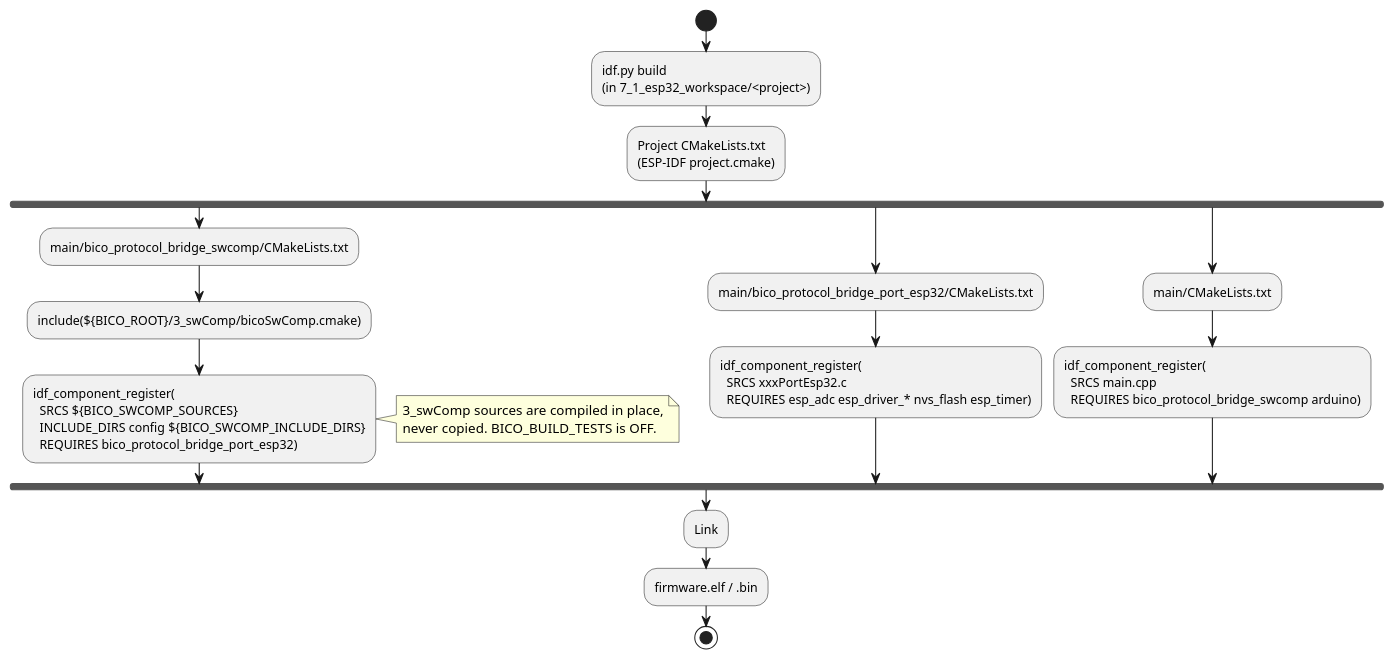
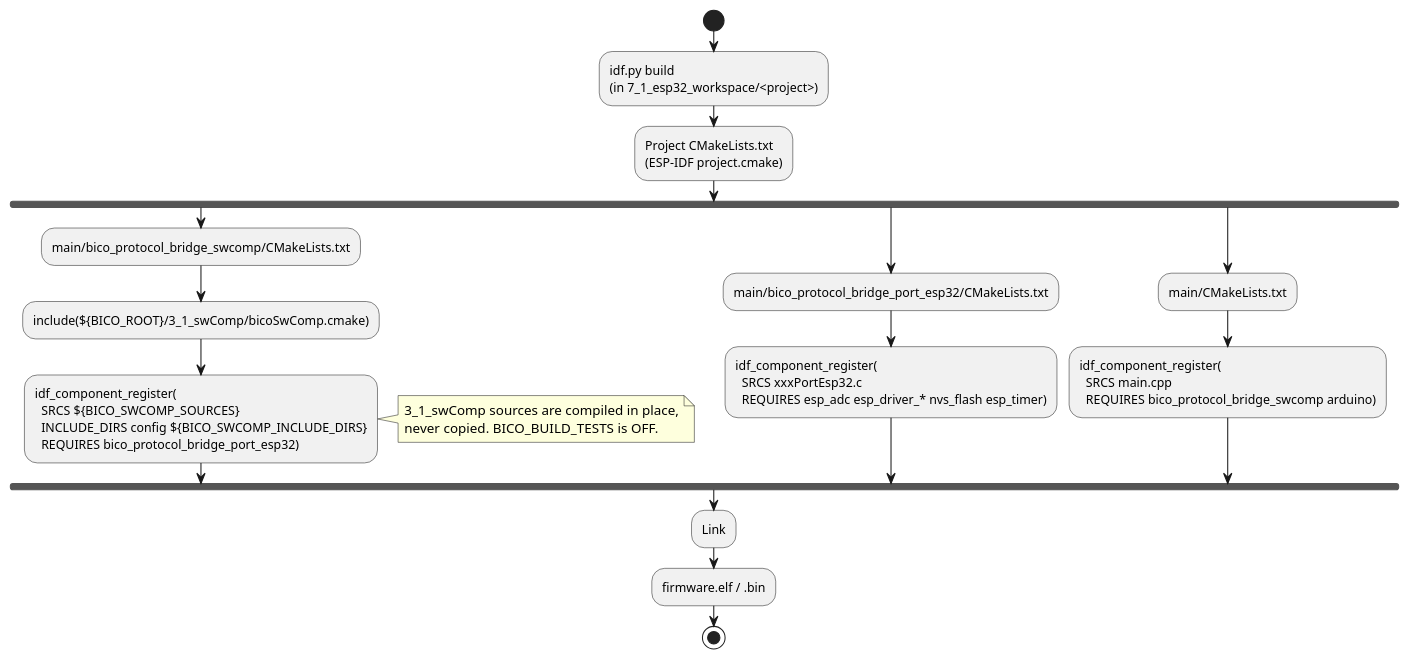
Before and after one commit to LinhTrucVo/Bico_Protocol_Bridge: the diagram in 2_architecture/deploymentView/buildIntegration.puml, drawn with PlantUML. The commit also changed 448 other files, not shown here.

```diff
--- a/2_architecture/deploymentView/buildIntegration.puml
+++ b/2_architecture/deploymentView/buildIntegration.puml
@@ -1,23 +1,23 @@
 @startuml buildIntegration
 start
 :idf.py build\n(in 7_1_esp32_workspace/<project>);
 :Project CMakeLists.txt\n(ESP-IDF project.cmake);
 fork
   :main/bico_protocol_bridge_swcomp/CMakeLists.txt;
-  :include(${BICO_ROOT}/3_swComp/bicoSwComp.cmake);
+  :include(${BICO_ROOT}/3_1_swComp/bicoSwComp.cmake);
   :idf_component_register(\n  SRCS ${BICO_SWCOMP_SOURCES}\n  INCLUDE_DIRS config ${BICO_SWCOMP_INCLUDE_DIRS}\n  REQUIRES bico_protocol_bridge_port_esp32);
   note right
-    3_swComp sources are compiled in place,
+    3_1_swComp sources are compiled in place,
     never copied. BICO_BUILD_TESTS is OFF.
   end note
 fork again
   :main/bico_protocol_bridge_port_esp32/CMakeLists.txt;
   :idf_component_register(\n  SRCS xxxPortEsp32.c\n  REQUIRES esp_adc esp_driver_* nvs_flash esp_timer);
 fork again
   :main/CMakeLists.txt;
   :idf_component_register(\n  SRCS main.cpp\n  REQUIRES bico_protocol_bridge_swcomp arduino);
 end fork
 :Link;
 :firmware.elf / .bin;
 stop
 @enduml
```
